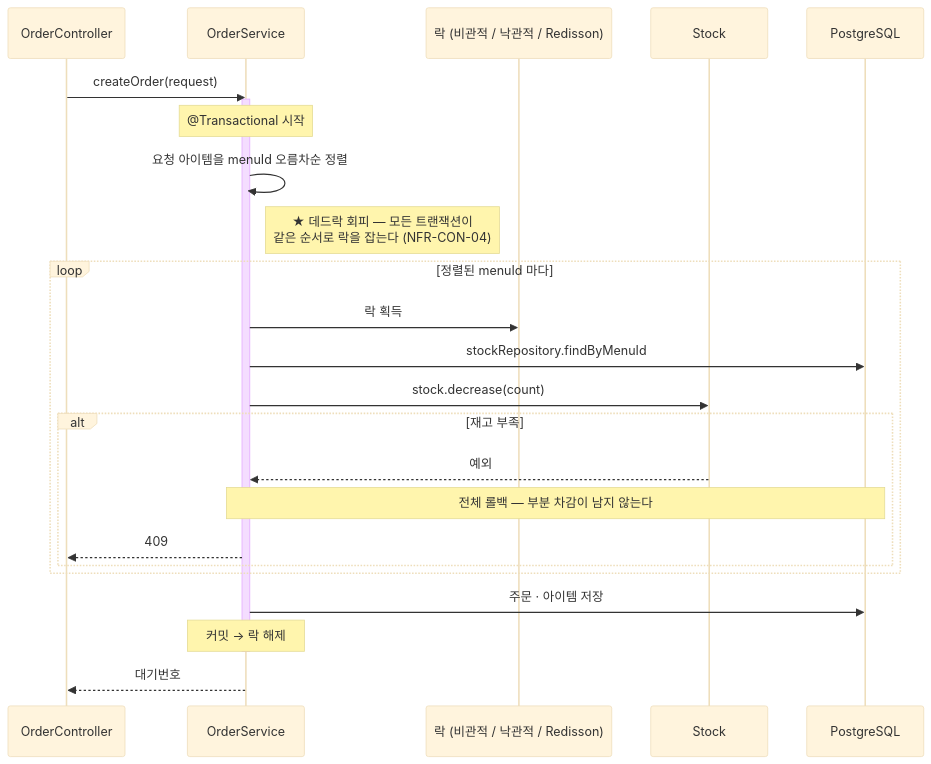
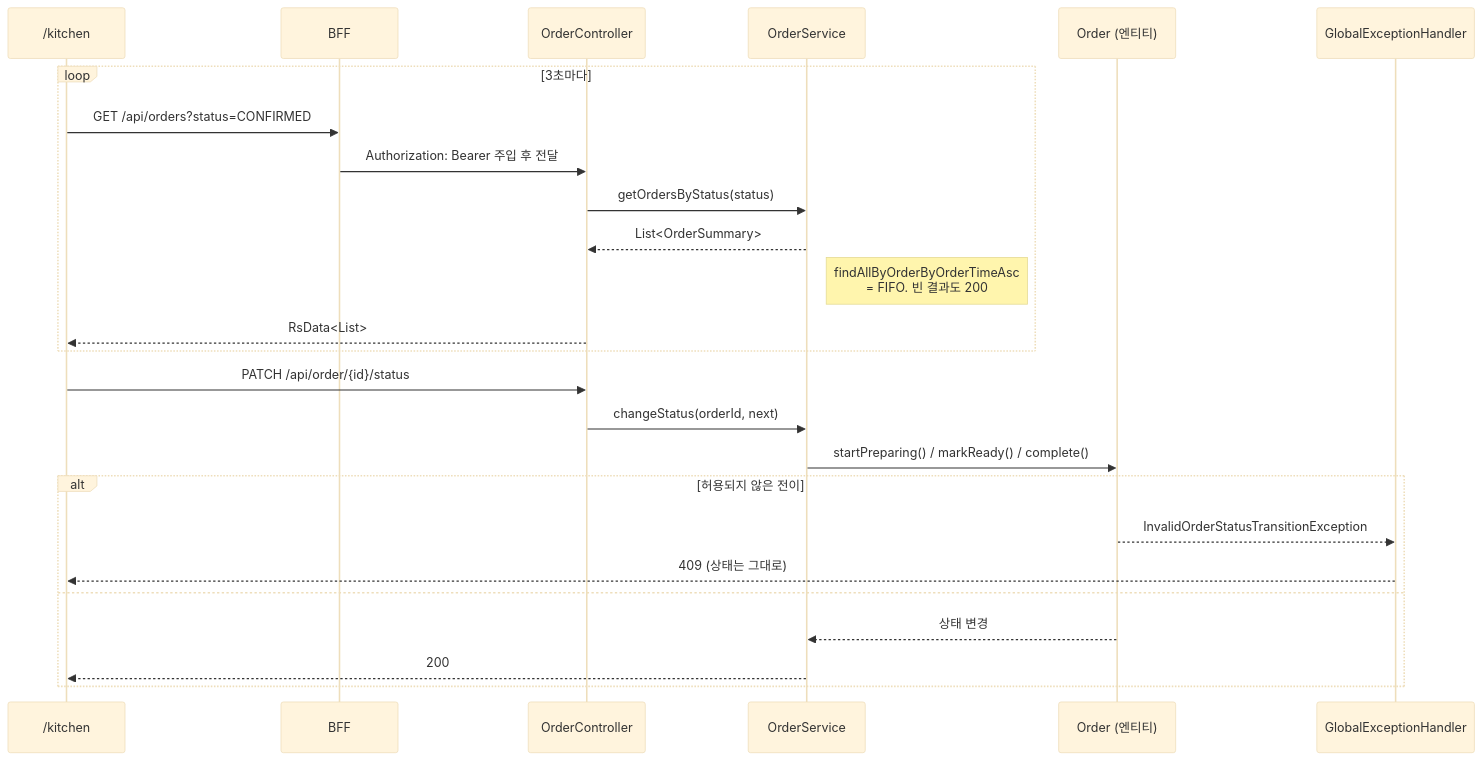
The fifth of 8 diagrams in docs/design/architecture.md (hhyukk/cafe-kiosk), drawn with Mermaid (base theme) before and after one commit. The commit also changed other lines of this file, not shown here.

````diff
--- a/docs/design/architecture.md
+++ b/docs/design/architecture.md
@@ -334,28 +334,29 @@
 ```mermaid
 sequenceDiagram
+    participant K as /kitchen
+    participant F as BFF
     participant C as OrderController
     participant S as OrderService
-    participant L as 락 (비관적 / 낙관적 / Redisson)
-    participant ST as Stock
-    participant DB as PostgreSQL
+    participant O as Order (엔티티)
+    participant G as GlobalExceptionHandler
 
-    C->>S: createOrder(request)
-    activate S
-    Note over S: @Transactional 시작
-    S->>S: 요청 아이템을 menuId 오름차순 정렬
-    Note right of S: ★ 데드락 회피 — 모든 트랜잭션이<br/>같은 순서로 락을 잡는다 (NFR-CON-04)
-    loop 정렬된 menuId 마다
-        S->>L: 락 획득
-        S->>DB: stockRepository.findByMenuId
-        S->>ST: stock.decrease(count)
-        alt 재고 부족
-            ST-->>S: 예외
-            Note over S,DB: 전체 롤백 — 부분 차감이 남지 않는다
-            S-->>C: 409
-        end
+    loop 3초마다
+        K->>F: GET /api/orders?status=CONFIRMED
+        F->>C: Authorization: Bearer 주입 후 전달
+        C->>S: getOrdersByStatus(status)
+        S-->>C: List<OrderSummary>
+        Note right of S: findAllByOrderByOrderTimeAsc<br/>= FIFO. 빈 결과도 200
+        C-->>K: RsData<List>
     end
-    S->>DB: 주문 · 아이템 저장
-    Note over S: 커밋 → 락 해제
-    deactivate S
-    S-->>C: 대기번호
+
+    K->>C: PATCH /api/order/{id}/status
+    C->>S: changeStatus(orderId, next)
+    S->>O: startPreparing() / markReady() / complete()
+    alt 허용되지 않은 전이
+        O-->>G: InvalidOrderStatusTransitionException
+        G-->>K: 409 (상태는 그대로)
+    else
+        O-->>S: 상태 변경
+        S-->>K: 200
+    end
 ```
````
